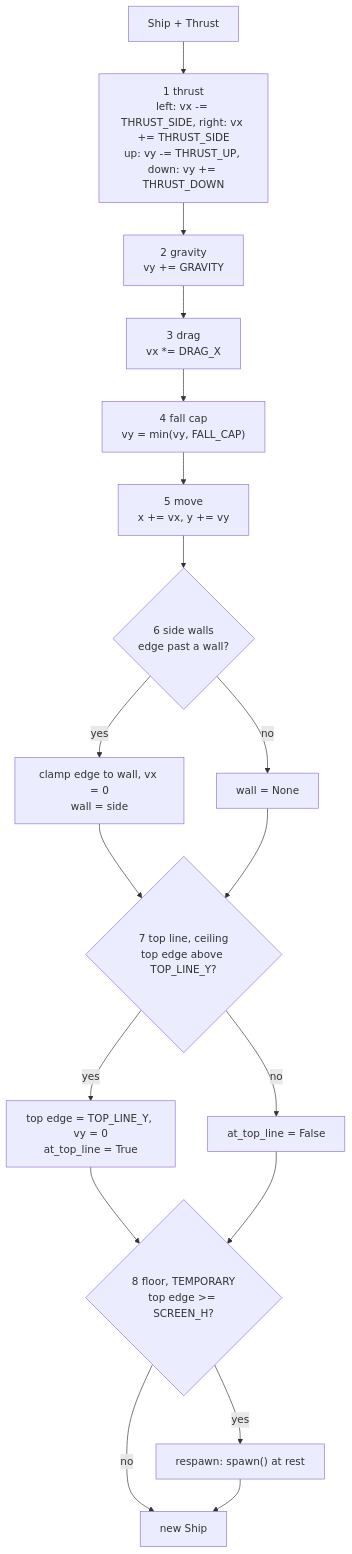
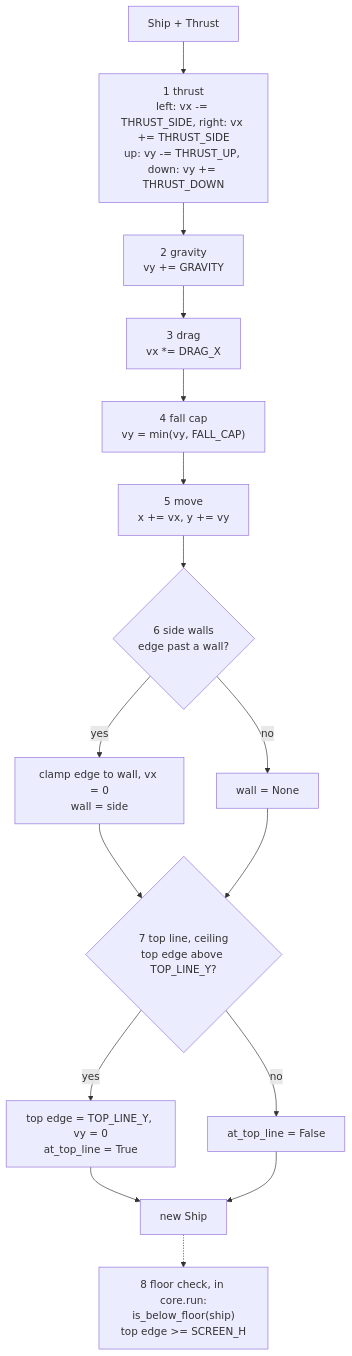
One commit to david-mntl/driftward-ace changed the first of 2 diagrams in docs/contracts/systems/ship.md. Above: the diagram before and after it, drawn with Mermaid. The commit also changed other lines of this file and 11 other files, not shown here.

````diff
--- a/docs/contracts/systems/ship.md
+++ b/docs/contracts/systems/ship.md
@@ -19,20 +21,18 @@
 ```mermaid
 flowchart TD
   IN["Ship + Thrust"] --> T1["1 thrust<br/>left: vx -= THRUST_SIDE, right: vx += THRUST_SIDE<br/>up: vy -= THRUST_UP, down: vy += THRUST_DOWN"]
   T1 --> T2["2 gravity<br/>vy += GRAVITY"]
   T2 --> T3["3 drag<br/>vx *= DRAG_X"]
   T3 --> T4["4 fall cap<br/>vy = min(vy, FALL_CAP)"]
   T4 --> T5["5 move<br/>x += vx, y += vy"]
   T5 --> T6{"6 side walls<br/>edge past a wall?"}
   T6 -- yes --> W["clamp edge to wall, vx = 0<br/>wall = side"]
   T6 -- no --> WN["wall = None"]
   W --> T7
   WN --> T7{"7 top line, ceiling<br/>top edge above TOP_LINE_Y?"}
   T7 -- yes --> TL["top edge = TOP_LINE_Y, vy = 0<br/>at_top_line = True"]
   T7 -- no --> TN["at_top_line = False"]
-  TL --> T8
-  TN --> T8{"8 floor, TEMPORARY<br/>top edge >= SCREEN_H?"}
-  T8 -- yes --> R["respawn: spawn() at rest"]
-  T8 -- no --> OUT["new Ship"]
-  R --> OUT
+  TL --> OUT["new Ship"]
+  TN --> OUT
+  OUT -.-> F["8 floor check, in core.run:<br/>is_below_floor(ship)<br/>top edge >= SCREEN_H"]
 ```
````
